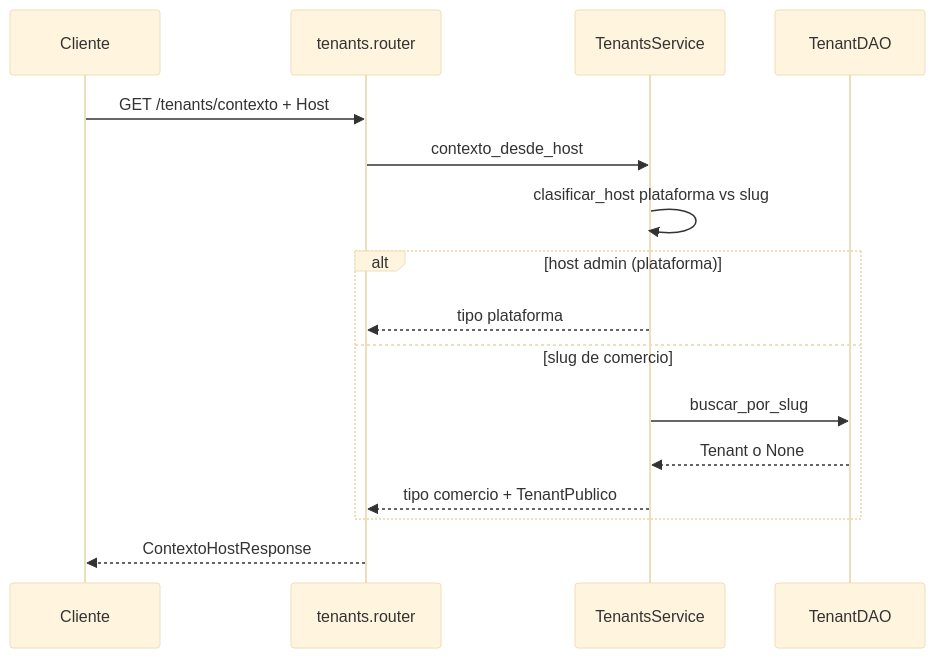
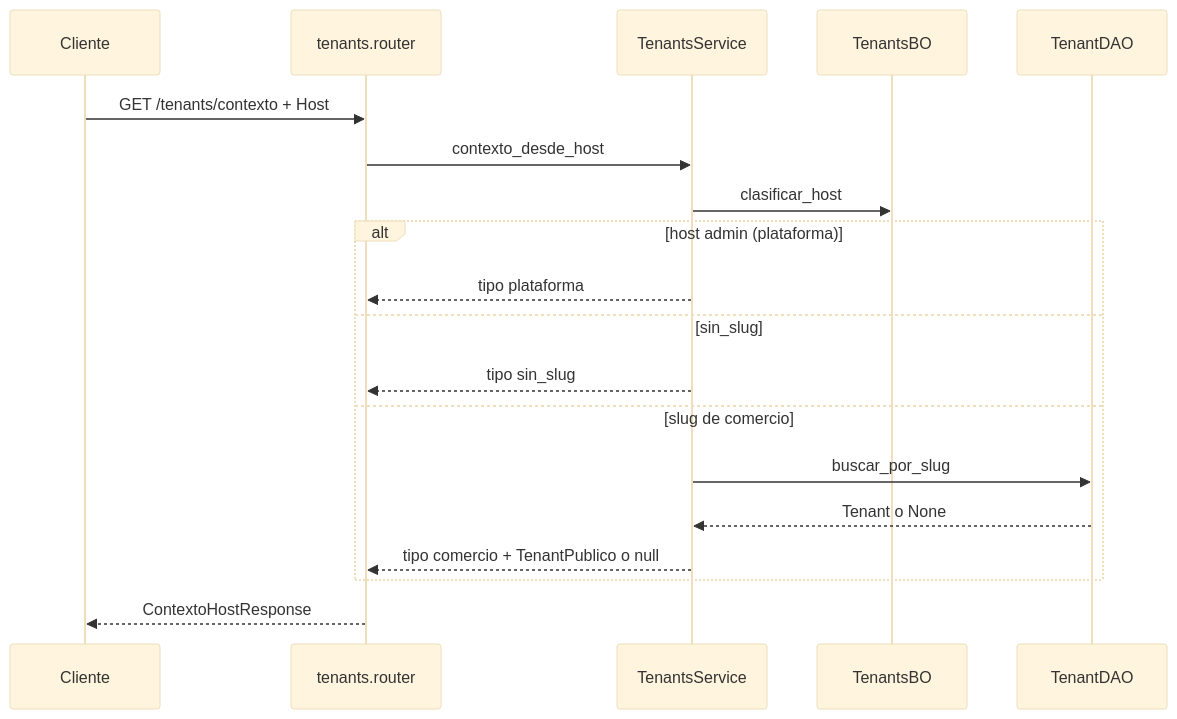
One commit to estsan3/ventas360-api changed the second of 2 diagrams in docs/diagramas/tenants.md. Above: the diagram before and after it, drawn with Mermaid (base theme). The commit also changed other lines of this file and 21 other files, not shown here.

First line of the commit message:
docs: re-sincronizar diagramas de secuencia por módulo (2026-11-11)

````diff
--- a/docs/diagramas/tenants.md
+++ b/docs/diagramas/tenants.md
@@ -33,19 +33,22 @@
 ```mermaid
 sequenceDiagram
     participant Cliente
     participant Router as tenants.router
     participant Service as TenantsService
+    participant BO as TenantsBO
     participant DAO as TenantDAO
 
     Cliente->>Router: GET /tenants/contexto + Host
     Router->>Service: contexto_desde_host
-    Service->>Service: clasificar_host plataforma vs slug
+    Service->>BO: clasificar_host
     alt host admin (plataforma)
         Service-->>Router: tipo plataforma
+    else sin_slug
+        Service-->>Router: tipo sin_slug
     else slug de comercio
         Service->>DAO: buscar_por_slug
         DAO-->>Service: Tenant o None
-        Service-->>Router: tipo comercio + TenantPublico
+        Service-->>Router: tipo comercio + TenantPublico o null
     end
     Router-->>Cliente: ContextoHostResponse
 ```
````
